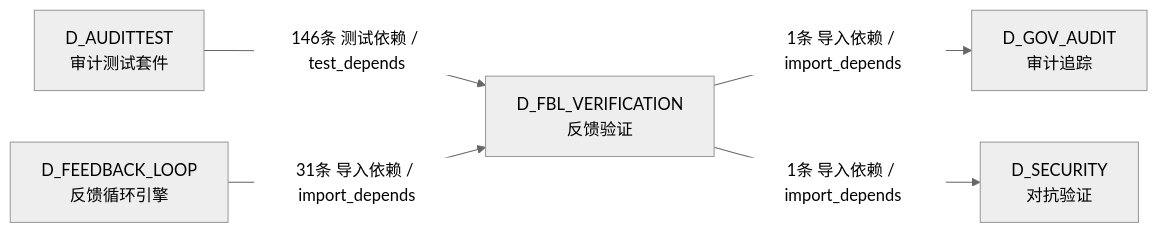
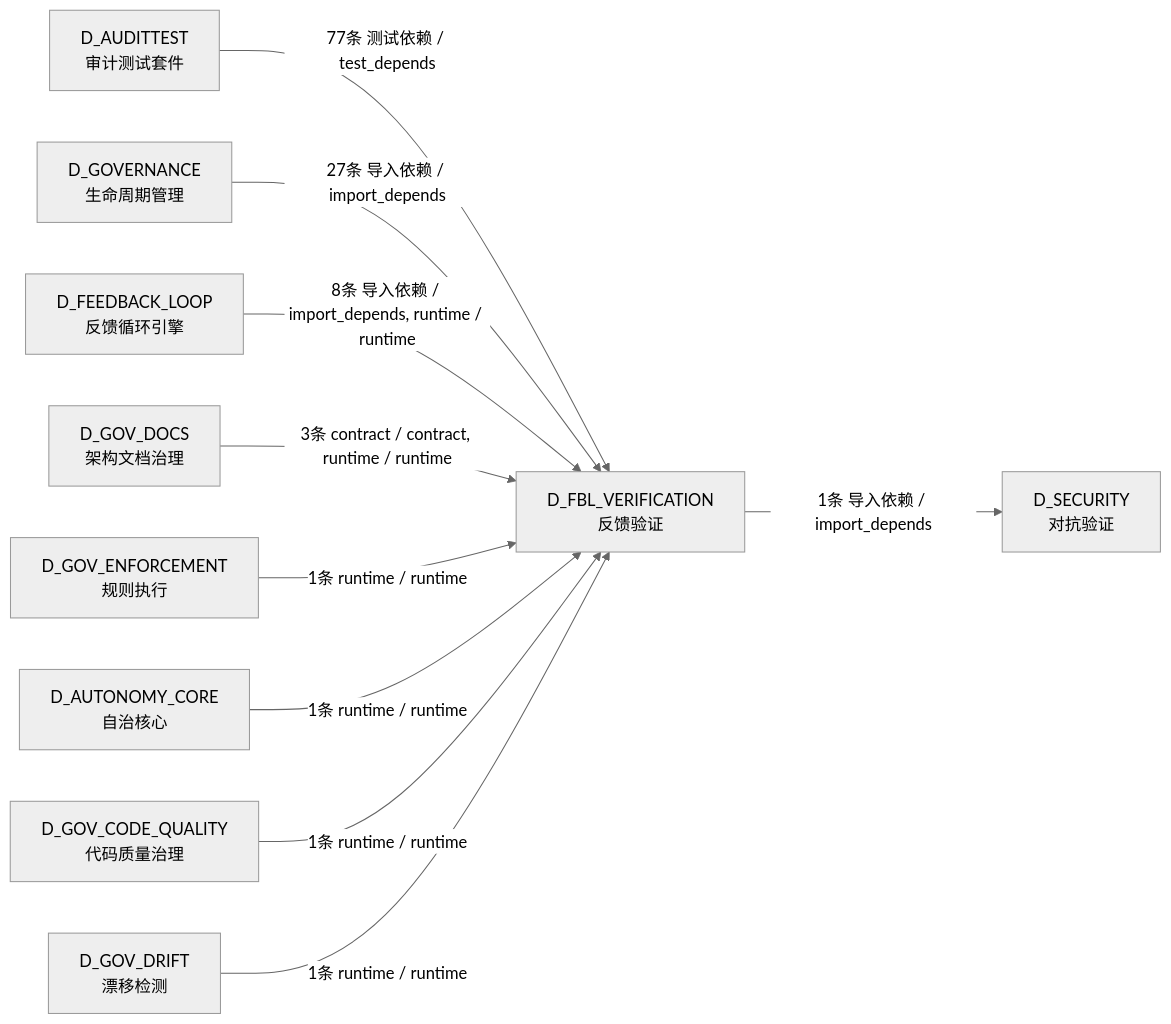
The fifth of 5 diagrams in docs/02_enterprise_architecture/02_domain_architecture_docs/11_d_fbl_verification.md (xuanFelixVan/ZephyrAlpha), drawn with Mermaid (neutral theme) before and after one commit. The commit also changed other lines of this file and 112 other files, not shown here.

````diff
--- a/docs/02_enterprise_architecture/02_domain_architecture_docs/11_d_fbl_verification.md
+++ b/docs/02_enterprise_architecture/02_domain_architecture_docs/11_d_fbl_verification.md
@@ -482,12 +508,22 @@
 ```mermaid
 graph LR
     D_FBL_VERIFICATION["D_FBL_VERIFICATION<br/>反馈验证"]
-    D_GOV_AUDIT["D_GOV_AUDIT<br/>审计追踪"]
     D_SECURITY["D_SECURITY<br/>对抗验证"]
     D_AUDITTEST["D_AUDITTEST<br/>审计测试套件"]
+    D_GOVERNANCE["D_GOVERNANCE<br/>生命周期管理"]
     D_FEEDBACK_LOOP["D_FEEDBACK_LOOP<br/>反馈循环引擎"]
-    D_FBL_VERIFICATION -->|1条 导入依赖 / import_depends| D_GOV_AUDIT
+    D_GOV_DOCS["D_GOV_DOCS<br/>架构文档治理"]
+    D_GOV_ENFORCEMENT["D_GOV_ENFORCEMENT<br/>规则执行"]
+    D_AUTONOMY_CORE["D_AUTONOMY_CORE<br/>自治核心"]
+    D_GOV_CODE_QUALITY["D_GOV_CODE_QUALITY<br/>代码质量治理"]
+    D_GOV_DRIFT["D_GOV_DRIFT<br/>漂移检测"]
     D_FBL_VERIFICATION -->|1条 导入依赖 / import_depends| D_SECURITY
-    D_AUDITTEST -->|146条 测试依赖 / test_depends| D_FBL_VERIFICATION
-    D_FEEDBACK_LOOP -->|31条 导入依赖 / import_depends| D_FBL_VERIFICATION
+    D_AUDITTEST -->|77条 测试依赖 / test_depends| D_FBL_VERIFICATION
+    D_GOVERNANCE -->|27条 导入依赖 / import_depends| D_FBL_VERIFICATION
+    D_FEEDBACK_LOOP -->|8条 导入依赖 / import_depends, runtime / runtime| D_FBL_VERIFICATION
+    D_GOV_DOCS -->|3条 contract / contract, runtime / runtime| D_FBL_VERIFICATION
+    D_GOV_ENFORCEMENT -->|1条 runtime / runtime| D_FBL_VERIFICATION
+    D_AUTONOMY_CORE -->|1条 runtime / runtime| D_FBL_VERIFICATION
+    D_GOV_CODE_QUALITY -->|1条 runtime / runtime| D_FBL_VERIFICATION
+    D_GOV_DRIFT -->|1条 runtime / runtime| D_FBL_VERIFICATION
 ```
````
